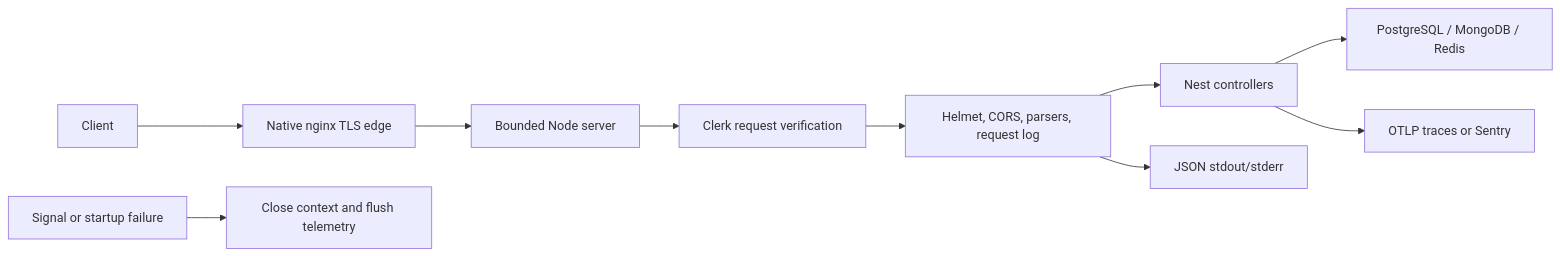
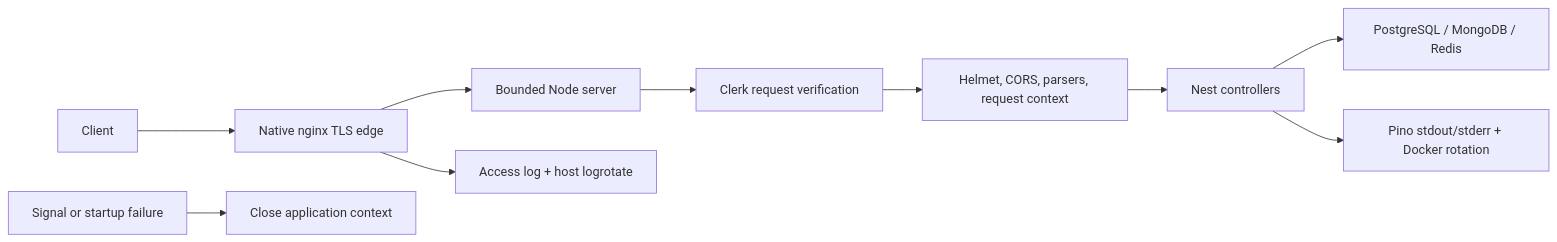
Before and after one commit to johnakisk0700/slopform: the diagram in docs/backend/mechanisms/runtime-operations.md, drawn with Mermaid. The commit also changed other lines of this file and 45 other files, not shown here.

Commit message:
Simplify application logging and move request logs to nginx

````diff
--- a/docs/backend/mechanisms/runtime-operations.md
+++ b/docs/backend/mechanisms/runtime-operations.md
@@ -15,12 +13,12 @@
 ```mermaid
 flowchart LR
   Client["Client"] --> Edge["Native nginx TLS edge"]
   Edge --> Server["Bounded Node server"]
   Server --> Auth["Clerk request verification"]
-  Auth --> Middleware["Helmet, CORS, parsers, request log"]
+  Auth --> Middleware["Helmet, CORS, parsers, request context"]
   Middleware --> Nest["Nest controllers"]
   Nest --> Dependencies["PostgreSQL / MongoDB / Redis"]
-  Middleware --> Logs["JSON stdout/stderr"]
-  Nest --> Telemetry["OTLP traces or Sentry"]
-  Signal["Signal or startup failure"] --> Lifecycle["Close context and flush telemetry"]
+  Edge --> Access["Access log + host logrotate"]
+  Nest --> Logs["Pino stdout/stderr + Docker rotation"]
+  Signal["Signal or startup failure"] --> Lifecycle["Close application context"]
 ```
````
